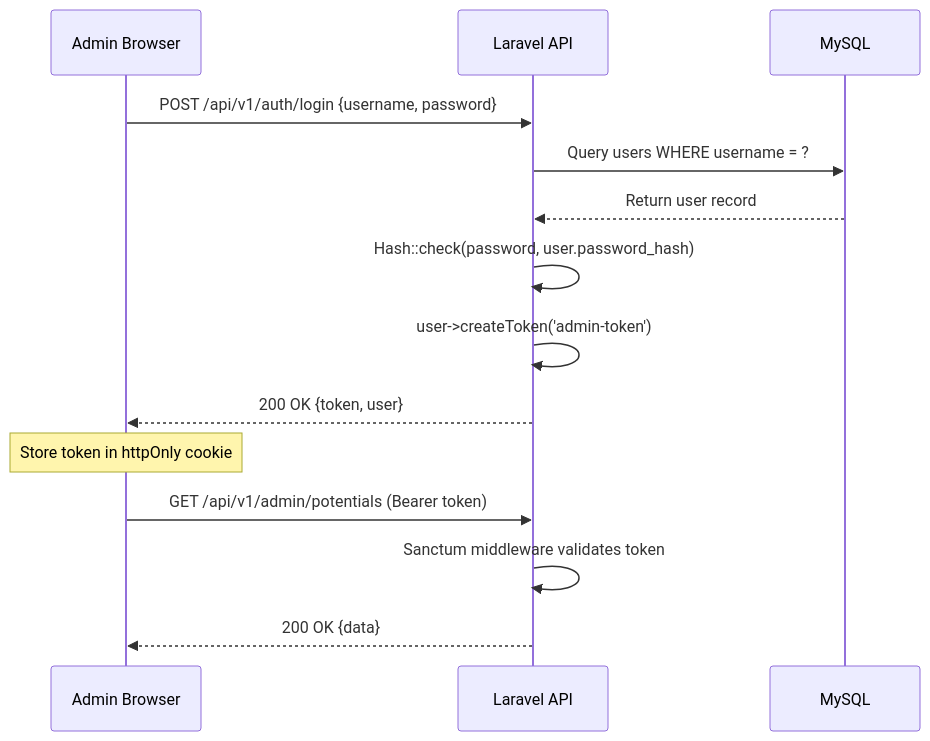
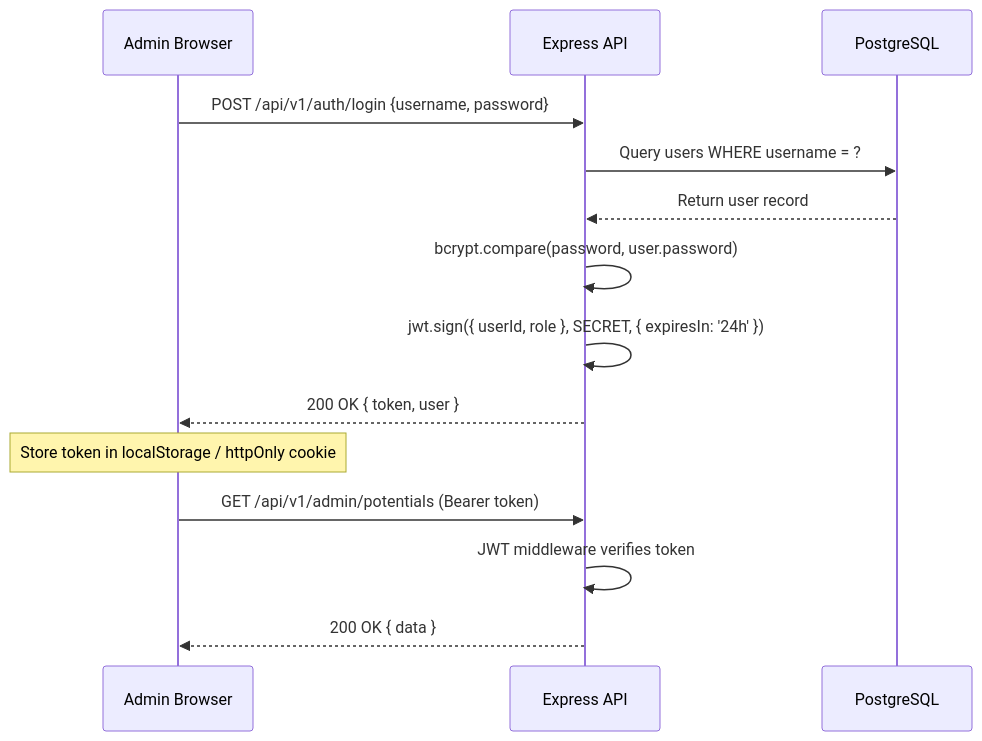
One commit to bitsy6699/WebDesa changed the second of 5 diagrams in docs/engineering/BACKEND_ARCHITECTURE.md. Above: the diagram before and after it, drawn with Mermaid. The commit also changed other lines of this file and 545 other files, not shown here.

First line of the commit message:
migrate: Laravel → Node.js (Express + Prisma), TSX → JSX, experience redesign

````diff
--- a/docs/engineering/BACKEND_ARCHITECTURE.md
+++ b/docs/engineering/BACKEND_ARCHITECTURE.md
@@ -260,17 +217,17 @@
 ```mermaid
 sequenceDiagram
     participant Admin as Admin Browser
-    participant API as Laravel API
-    participant DB as MySQL
+    participant API as Express API
+    participant DB as PostgreSQL
 
     Admin->>API: POST /api/v1/auth/login {username, password}
     API->>DB: Query users WHERE username = ?
     DB-->>API: Return user record
-    API->>API: Hash::check(password, user.password_hash)
-    API->>API: user->createToken('admin-token')
-    API-->>Admin: 200 OK {token, user}
-    Note over Admin: Store token in httpOnly cookie
+    API->>API: bcrypt.compare(password, user.password)
+    API->>API: jwt.sign({ userId, role }, SECRET, { expiresIn: '24h' })
+    API-->>Admin: 200 OK { token, user }
+    Note over Admin: Store token in localStorage / httpOnly cookie
     Admin->>API: GET /api/v1/admin/potentials (Bearer token)
-    API->>API: Sanctum middleware validates token
-    API-->>Admin: 200 OK {data}
+    API->>API: JWT middleware verifies token
+    API-->>Admin: 200 OK { data }
 ```
````
